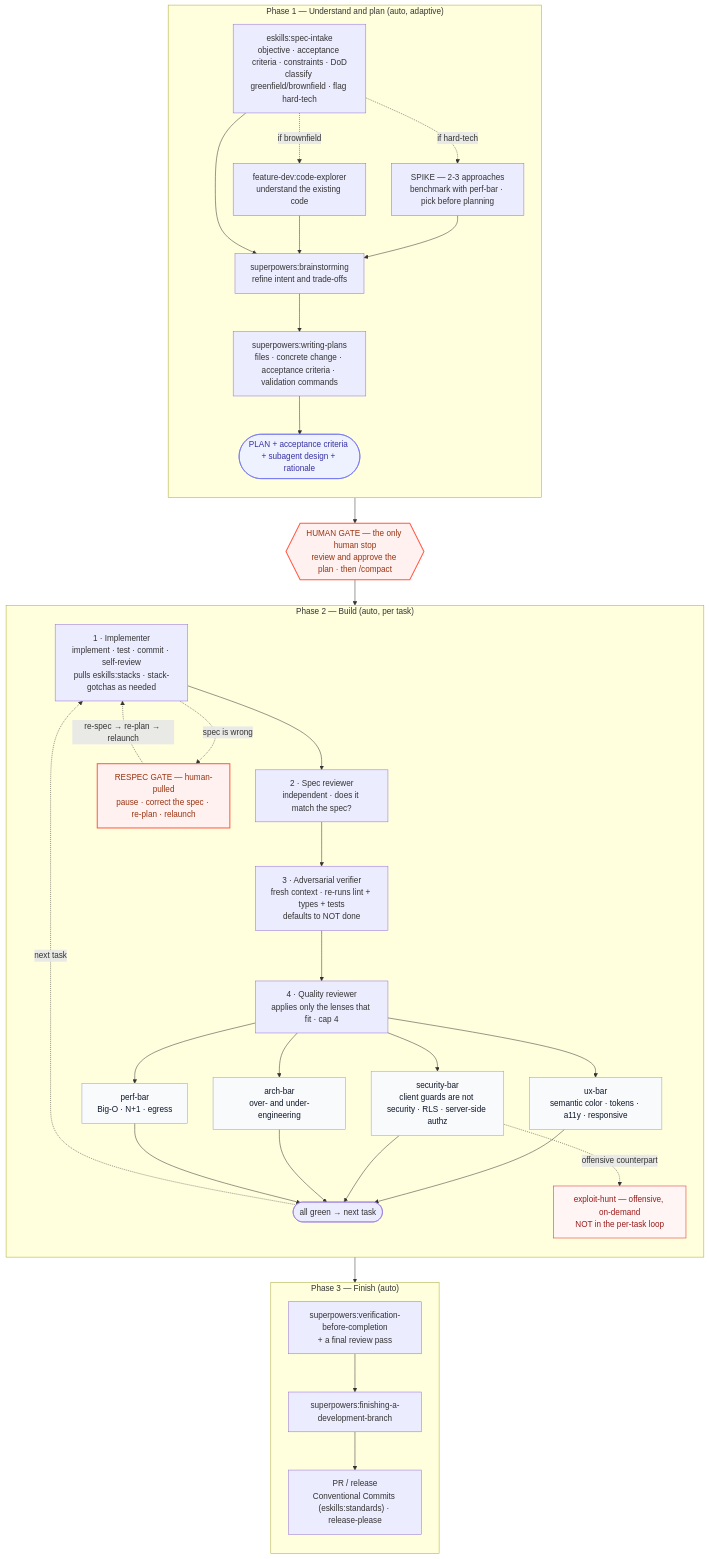
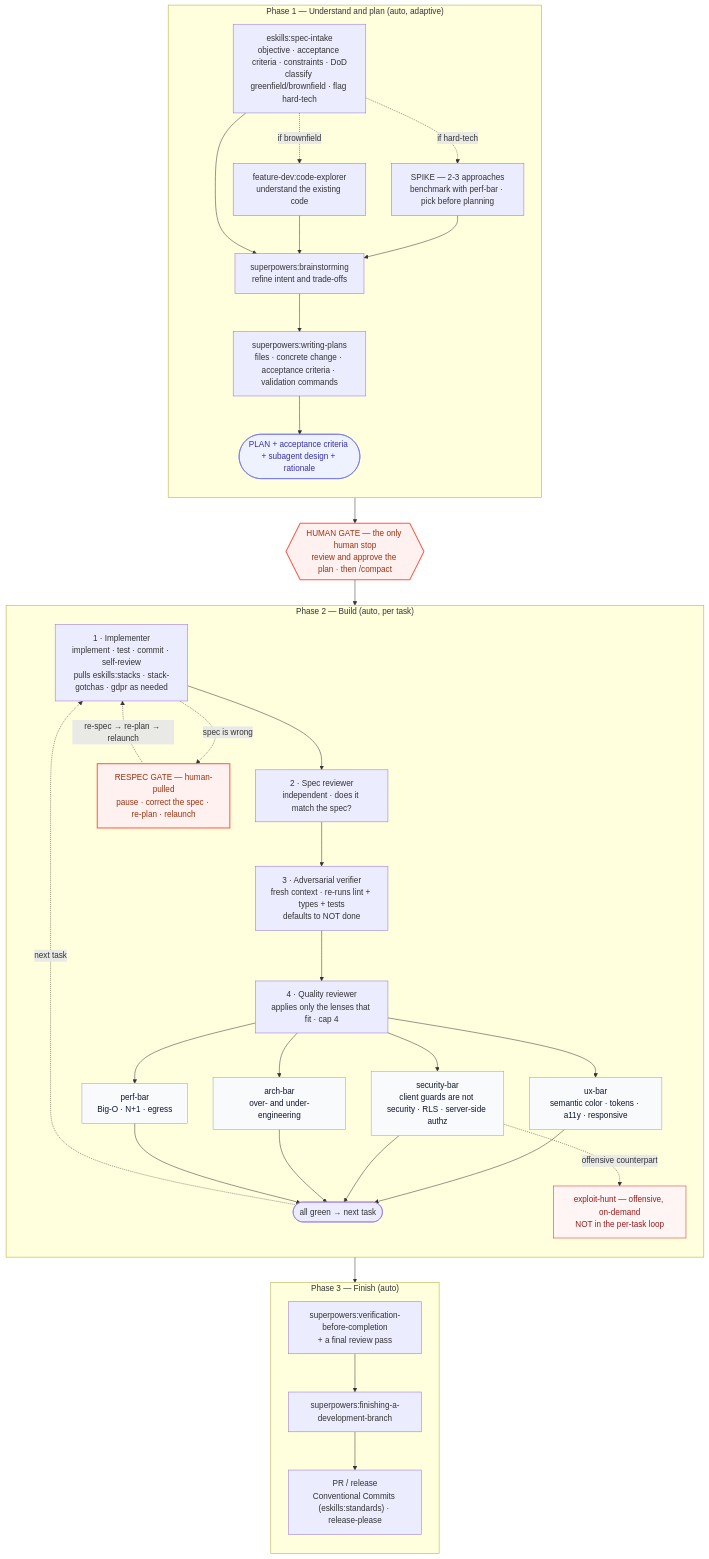
The diagram in README.md (Endika/eskills), drawn with Mermaid before and after one commit. The commit also changed other lines of this file and 4 other files, not shown here.

````diff
--- a/README.md
+++ b/README.md
@@ -76,69 +77,69 @@
 ```mermaid
 flowchart TD
   classDef gate fill:#FFF1EF,stroke:#FF5A47,stroke-width:2px,color:#9A3412
   classDef plan fill:#EEF2FF,stroke:#6366F1,color:#3730A3
   classDef lens fill:#F8FAFC,stroke:#94A3B8,color:#0F172A
   classDef offensive fill:#FFF5F4,stroke:#DC2626,color:#991B1B
 
   subgraph P1["Phase 1 — Understand and plan (auto, adaptive)"]
     direction TB
     SI["eskills:spec-intake<br/>objective · acceptance criteria · constraints · DoD<br/>classify greenfield/brownfield · flag hard-tech"]
     CE["feature-dev:code-explorer<br/>understand the existing code"]
     SP["SPIKE — 2-3 approaches<br/>benchmark with perf-bar · pick before planning"]
     BR["superpowers:brainstorming<br/>refine intent and trade-offs"]
     WP["superpowers:writing-plans<br/>files · concrete change · acceptance criteria · validation commands"]
     PLAN(["PLAN + acceptance criteria + subagent design + rationale"])
     SI -. if brownfield .-> CE
     SI -. if hard-tech .-> SP
     SI --> BR
     CE --> BR
     SP --> BR
     BR --> WP --> PLAN
   end
 
   PLAN --> GATE{{"HUMAN GATE — the only human stop<br/>review and approve the plan · then /compact"}}
   GATE --> IMP
 
   subgraph P2["Phase 2 — Build (auto, per task)"]
     direction TB
-    IMP["1 · Implementer<br/>implement · test · commit · self-review<br/>pulls eskills:stacks · stack-gotchas as needed"]
+    IMP["1 · Implementer<br/>implement · test · commit · self-review<br/>pulls eskills:stacks · stack-gotchas · gdpr as needed"]
     SR["2 · Spec reviewer<br/>independent · does it match the spec?"]
     AV["3 · Adversarial verifier<br/>fresh context · re-runs lint + types + tests<br/>defaults to NOT done"]
     QR["4 · Quality reviewer<br/>applies only the lenses that fit · cap 4"]
     UX["ux-bar<br/>semantic color · tokens · a11y · responsive"]
     SEC["security-bar<br/>client guards are not security · RLS · server-side authz"]
     ARCH["arch-bar<br/>over- and under-engineering"]
     PERF["perf-bar<br/>Big-O · N+1 · egress"]
     DONE(["all green → next task"])
     RESPEC["RESPEC GATE — human-pulled<br/>pause · correct the spec · re-plan · relaunch"]
     EH["exploit-hunt — offensive, on-demand<br/>NOT in the per-task loop"]
     IMP --> SR --> AV --> QR
     QR --> UX
     QR --> SEC
     QR --> ARCH
     QR --> PERF
     UX --> DONE
     SEC --> DONE
     ARCH --> DONE
     PERF --> DONE
     DONE -. next task .-> IMP
     IMP -. spec is wrong .-> RESPEC
     RESPEC -. re-spec → re-plan → relaunch .-> IMP
     SEC -. offensive counterpart .-> EH
   end
 
   DONE --> VBC
 
   subgraph P3["Phase 3 — Finish (auto)"]
     direction TB
     VBC["superpowers:verification-before-completion<br/>+ a final review pass"]
     FIN["superpowers:finishing-a-development-branch"]
     REL["PR / release<br/>Conventional Commits (eskills:standards) · release-please"]
     VBC --> FIN --> REL
   end
 
   class GATE,RESPEC gate
   class PLAN plan
   class UX,SEC,ARCH,PERF lens
   class EH offensive
 ```
````
